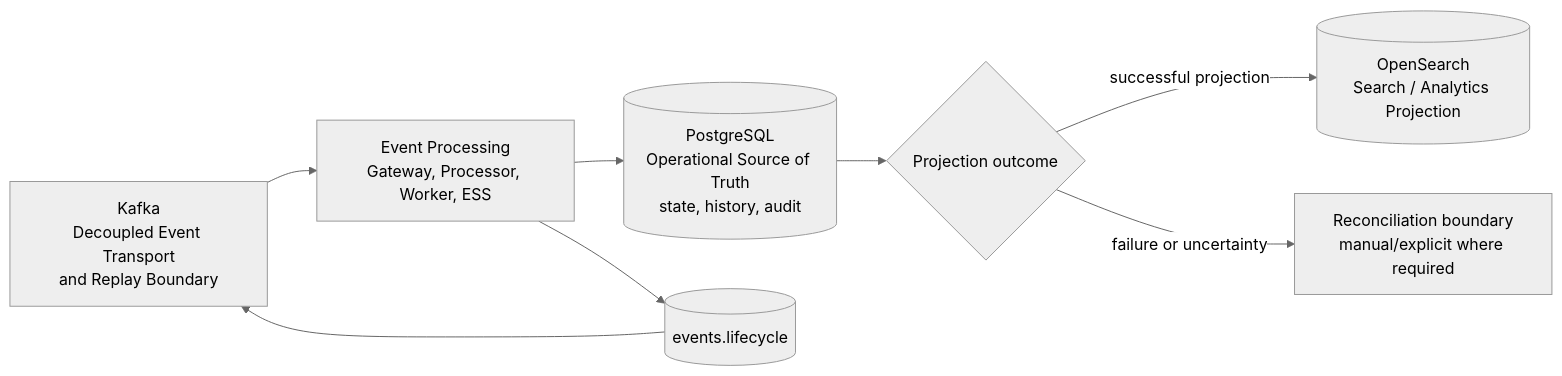
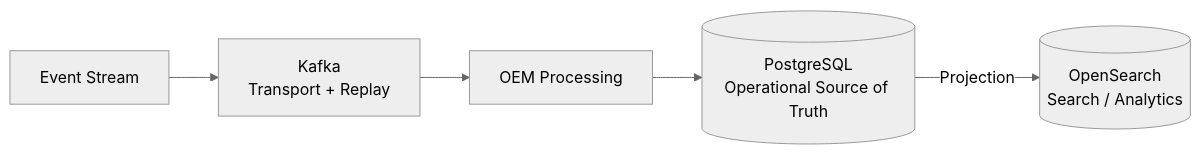
The first of 6 diagrams in docs/architecture/data-authority-replay.md (eventmgmtplatform/docs), drawn with Mermaid (neutral theme) before and after one commit. The commit also changed other lines of this file and 3 other files, not shown here.

Commit message:
docs(architecture): redesign data authority and replay architecture

````diff
--- a/docs/architecture/data-authority-replay.md
+++ b/docs/architecture/data-authority-replay.md
@@ -12,18 +23,7 @@
 ```mermaid
 flowchart LR
-  K[Kafka\nDecoupled Event Transport\nand Replay Boundary]
-  P[Event Processing\nGateway, Processor, Worker, ESS]
-  PG[(PostgreSQL\nOperational Source of Truth\nstate, history, audit)]
-  OS[(OpenSearch\nSearch / Analytics Projection)]
-  LIFE[(events.lifecycle)]
-  FAIL{Projection outcome}
-  RECON[Reconciliation boundary\nmanual/explicit where required]
-
-  K --> P
-  P --> PG
-  PG --> FAIL
-  FAIL -->|successful projection| OS
-  FAIL -->|failure or uncertainty| RECON
-  P --> LIFE
-  LIFE --> K
+  ES[Event Stream] --> K[Kafka<br/>Transport + Replay]
+  K --> OEM[OEM Processing]
+  OEM --> PG[(PostgreSQL<br/>Operational Source of Truth)]
+  PG -->|Projection| OS[(OpenSearch<br/>Search / Analytics)]
 ```
````
